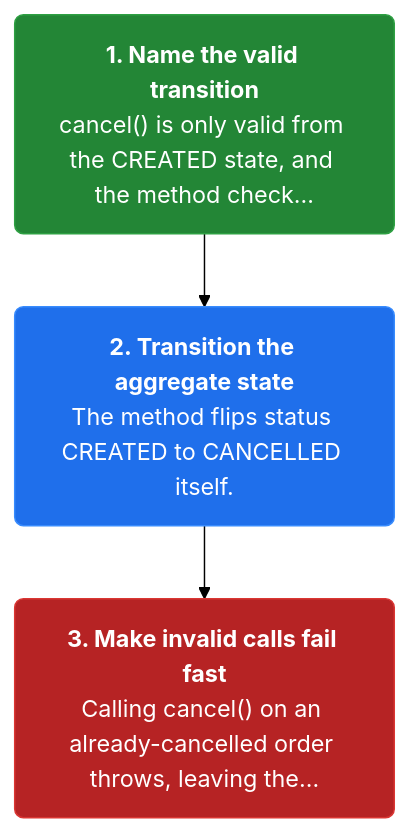
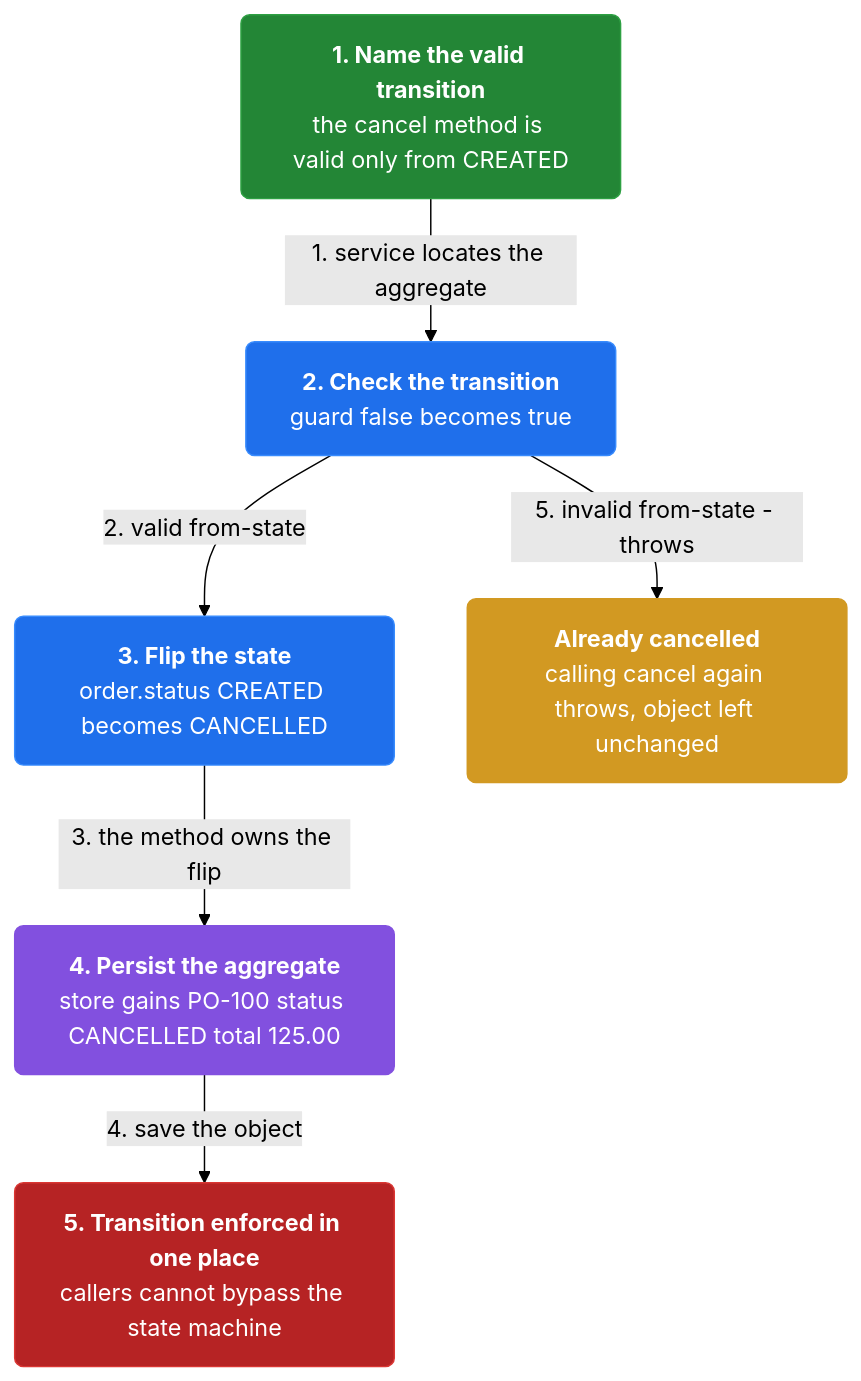
Before and after one commit to vinayakuber/microservices-io-study-guide: the third of 4 diagrams in docs/ch18-domain-model.md, drawn with Mermaid (forest theme). The commit also changed other lines of this file and 46 other files, not shown here.

First line of the commit message:
Author rich branching flow diagrams for all 44 chapters

````diff
--- a/docs/ch18-domain-model.md
+++ b/docs/ch18-domain-model.md
@@ -90,11 +110,19 @@
 ```mermaid
 flowchart TD
-  classDef step fill:#1f6feb,color:#ffffff,stroke:#388bfd,stroke-width:1px,rx:6
+  classDef step fill:#1f6feb,color:#ffffff,stroke:#388bfd,rx:6
+  classDef core fill:#8250df,color:#ffffff,stroke:#8250df,rx:6
+  classDef warn fill:#d29922,color:#ffffff,stroke:#d29922,rx:6
   classDef start fill:#238636,color:#ffffff,stroke:#2ea043,rx:6
   classDef stop fill:#b62324,color:#ffffff,stroke:#da3633,rx:6
-  s2n0["<b>1. Name the valid transition</b><br/>cancel() is only valid from the CREATED state, and the method check…"]:::start
-  s2n1["<b>2. Transition the aggregate state</b><br/>The method flips status CREATED to CANCELLED itself."]:::step
-  s2n2["<b>3. Make invalid calls fail fast</b><br/>Calling cancel() on an already-cancelled order throws, leaving the…"]:::stop
-  s2n0 --> s2n1
-  s2n1 --> s2n2
+  n0["<b>1. Name the valid transition</b><br/>the cancel method is valid only from CREATED"]:::start
+  n1["<b>2. Check the transition</b><br/>guard false becomes true"]:::step
+  n2["<b>3. Flip the state</b><br/>order.status CREATED becomes CANCELLED"]:::step
+  n3["<b>4. Persist the aggregate</b><br/>store gains PO-100 status CANCELLED total 125.00"]:::core
+  n4["<b>5. Transition enforced in one place</b><br/>callers cannot bypass the state machine"]:::stop
+  n5["<b>Already cancelled</b><br/>calling cancel again throws, object left unchanged"]:::warn
+  n0 -->|"1. service locates the aggregate"| n1
+  n1 -->|"2. valid from-state"| n2
+  n2 -->|"3. the method owns the flip"| n3
+  n3 -->|"4. save the object"| n4
+  n1 -->|"5. invalid from-state - throws"| n5
 ```
````
